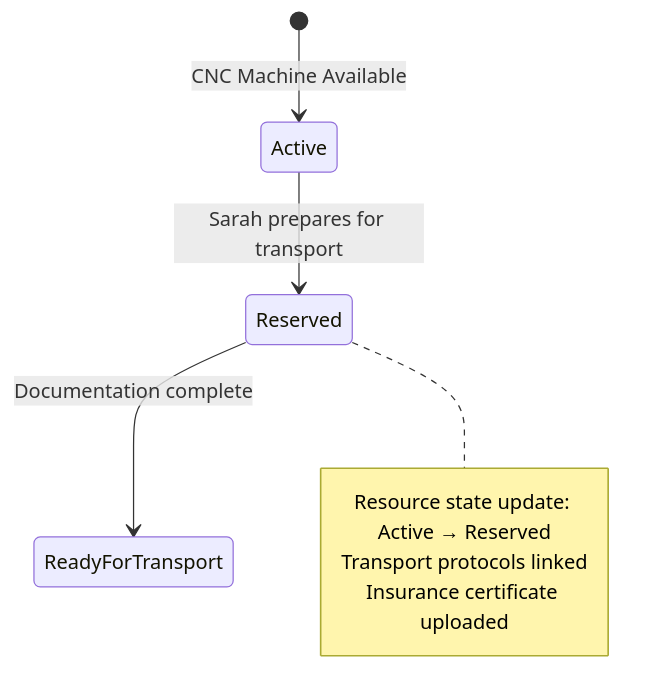
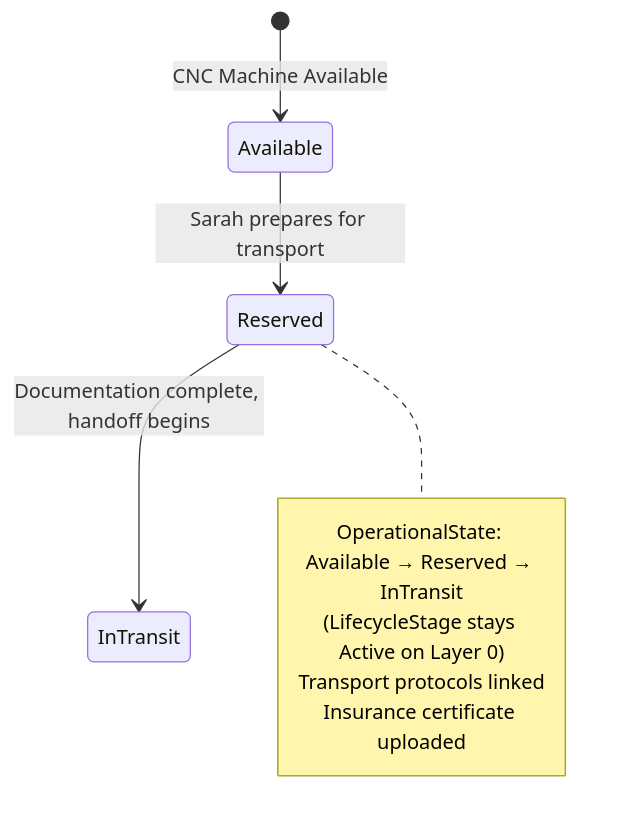
One commit to Sensorica/nondominium changed the fifth of 11 diagrams in documentation/Applications/user-story/user-story-ERP-bridge.md. Above: the diagram before and after it, drawn with Mermaid. The commit also changed other lines of this file and 99 other files, not shown here.

````diff
--- a/documentation/Applications/user-story/user-story-ERP-bridge.md
+++ b/documentation/Applications/user-story/user-story-ERP-bridge.md
@@ -157,12 +173,13 @@
 ```mermaid
 stateDiagram-v2
-    [*] --> Active: CNC Machine Available
-    Active --> Reserved: Sarah prepares for transport
-    Reserved --> ReadyForTransport: Documentation complete
+    [*] --> Available: CNC Machine Available
+    Available --> Reserved: Sarah prepares for transport
+    Reserved --> InTransit: Documentation complete, handoff begins
 
     note right of Reserved
-        Resource state update: Active → Reserved
+        OperationalState: Available → Reserved → InTransit
+        (LifecycleStage stays Active on Layer 0)
         Transport protocols linked
         Insurance certificate uploaded
     end note
 ```
````
